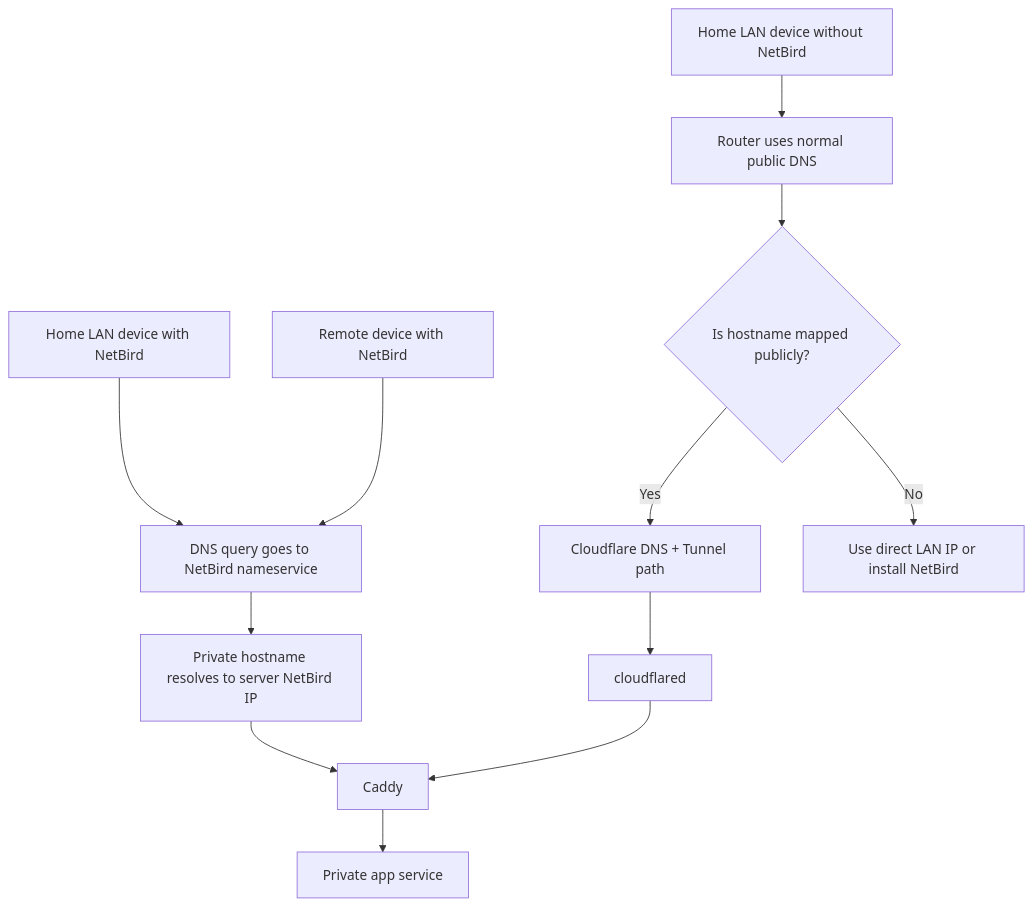
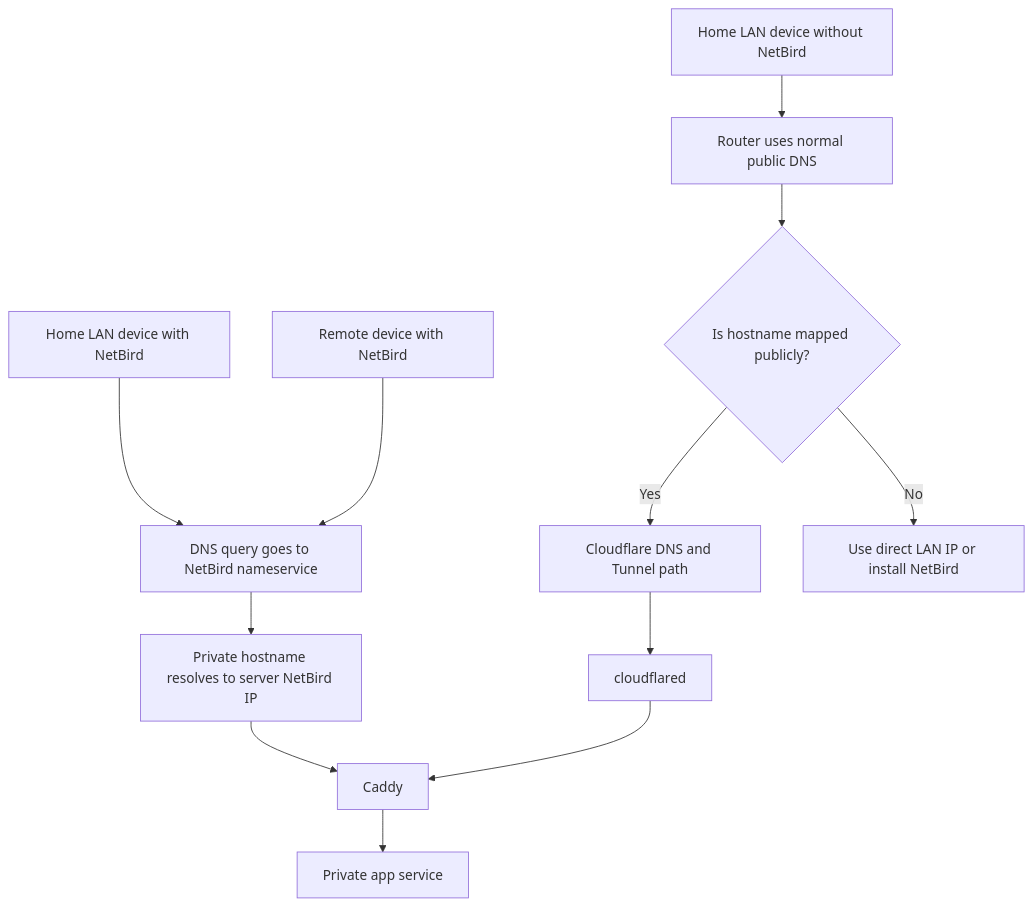
Before and after one commit to DFruit1/NixHomeServer: the second of 3 diagrams in README.md, drawn with Mermaid. The commit also changed other lines of this file, not shown here.

First line of the commit message:
Clarify core modules and auth flow in README

````diff
--- a/README.md
+++ b/README.md
@@ -667,14 +720,14 @@
 ```mermaid
 flowchart TD
-    A[Home LAN device with NetBird] --> B[DNS query goes to NetBird nameservice]
-    C[Remote device with NetBird] --> B
-    B --> D[Private hostname resolves to server NetBird IP]
-    D --> E[Caddy]
-    E --> F[Private app service]
-    G[Home LAN device without NetBird] --> H[Router uses normal public DNS]
-    H --> I{Is hostname mapped publicly?}
-    I -->|Yes| J[Cloudflare DNS + Tunnel path]
-    I -->|No| K[Use direct LAN IP or install NetBird]
-    J --> L[cloudflared]
+    A["Home LAN device with NetBird"] --> B["DNS query goes to NetBird nameservice"]
+    C["Remote device with NetBird"] --> B
+    B --> D["Private hostname resolves to server NetBird IP"]
+    D --> E["Caddy"]
+    E --> F["Private app service"]
+    G["Home LAN device without NetBird"] --> H["Router uses normal public DNS"]
+    H --> I{"Is hostname mapped publicly?"}
+    I -->|Yes| J["Cloudflare DNS and Tunnel path"]
+    I -->|No| K["Use direct LAN IP or install NetBird"]
+    J --> L["cloudflared"]
     L --> E
 ```
````
